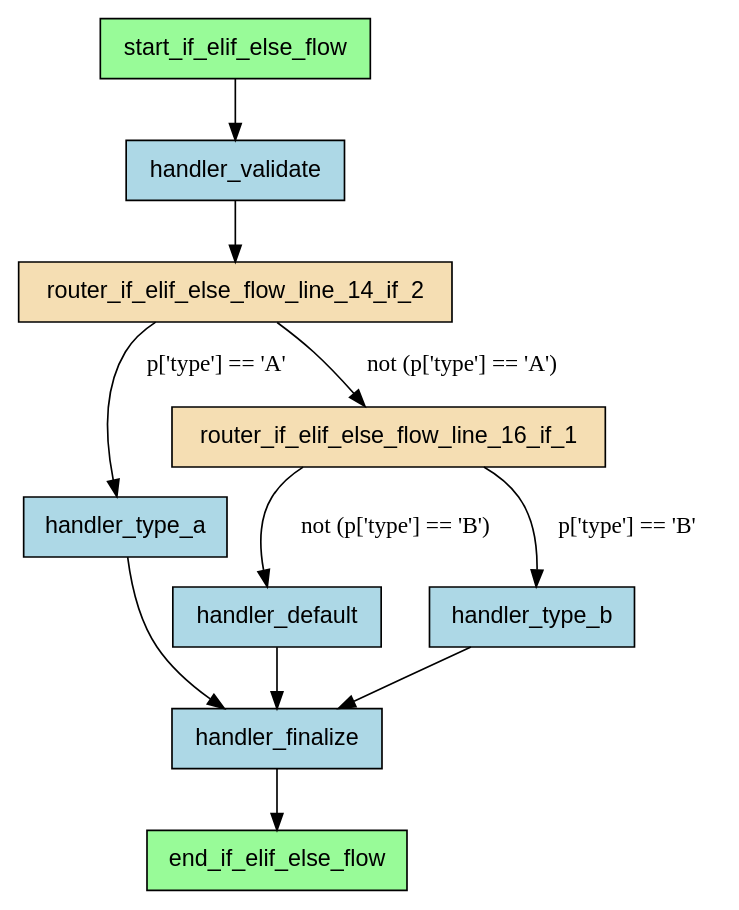
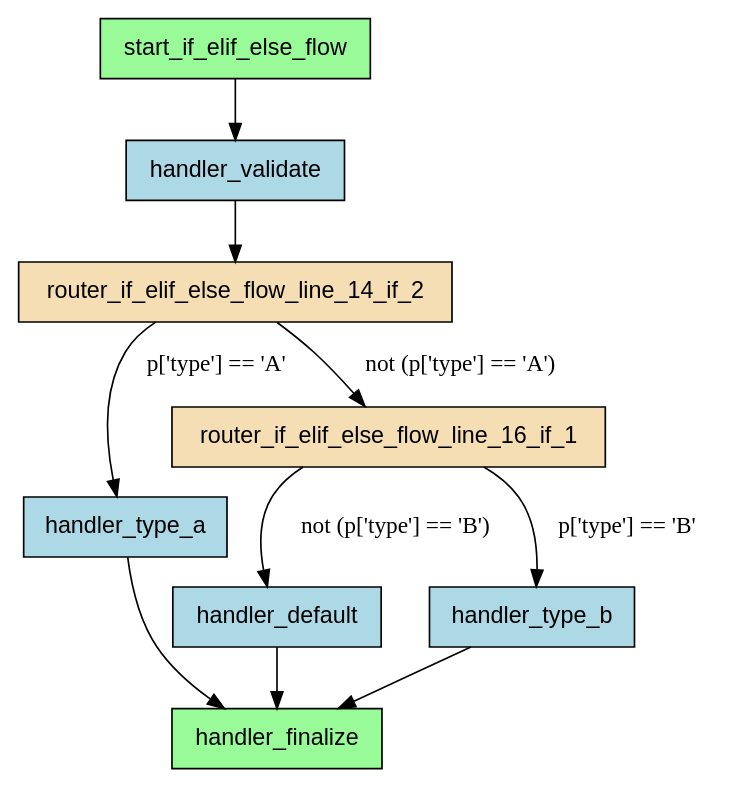
The diagram in examples/flows/compiled/if_elif_else/flow.dot (deliveryhero/asya), drawn with Graphviz before and after one commit. The commit also changed 339 other files, not shown here.

First line of the commit message:
feat(compiler): remove end_ router, add graph validation, visual improvements

```diff
--- a/examples/flows/compiled/if_elif_else/flow.dot
+++ b/examples/flows/compiled/if_elif_else/flow.dot
@@ -1,25 +1,23 @@
 digraph "if_elif_else_flow" {
     rankdir=TB;
     node [shape=box, style=filled, fontname="Helvetica"];
 
-    end_if_elif_else_flow [label="end_if_elif_else_flow", fillcolor=palegreen];
     handler_default [label="handler_default", fillcolor=lightblue];
-    handler_finalize [label="handler_finalize", fillcolor=lightblue];
+    handler_finalize [label="handler_finalize", fillcolor=palegreen];
     handler_type_a [label="handler_type_a", fillcolor=lightblue];
     handler_type_b [label="handler_type_b", fillcolor=lightblue];
     handler_validate [label="handler_validate", fillcolor=lightblue];
     router_if_elif_else_flow_line_14_if_2 [label="router_if_elif_else_flow_line_14_if_2", fillcolor=wheat];
     router_if_elif_else_flow_line_16_if_1 [label="router_if_elif_else_flow_line_16_if_1", fillcolor=wheat];
     start_if_elif_else_flow [label="start_if_elif_else_flow", fillcolor=palegreen];
 
     start_if_elif_else_flow -> handler_validate;
     handler_validate -> router_if_elif_else_flow_line_14_if_2;
     router_if_elif_else_flow_line_16_if_1 -> handler_type_b [label="p['type'] == 'B'"];
     router_if_elif_else_flow_line_16_if_1 -> handler_default [label="not (p['type'] == 'B')"];
     router_if_elif_else_flow_line_14_if_2 -> handler_type_a [label="p['type'] == 'A'"];
     handler_type_a -> handler_finalize;
     router_if_elif_else_flow_line_14_if_2 -> router_if_elif_else_flow_line_16_if_1 [label="not (p['type'] == 'A')"];
     handler_type_b -> handler_finalize;
     handler_default -> handler_finalize;
-    handler_finalize -> end_if_elif_else_flow;
 }
```
